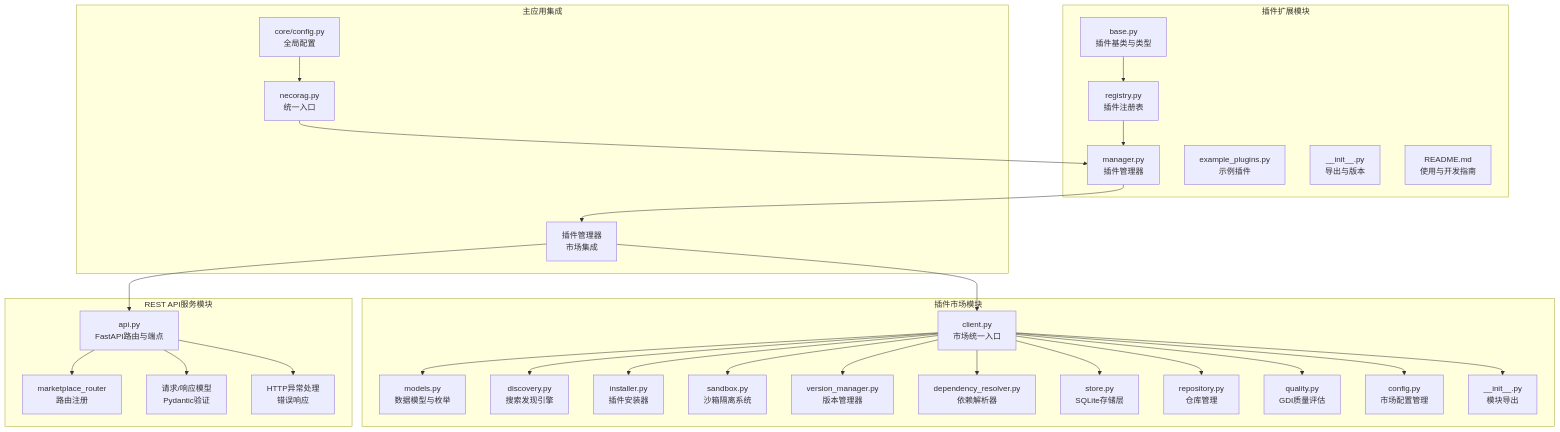
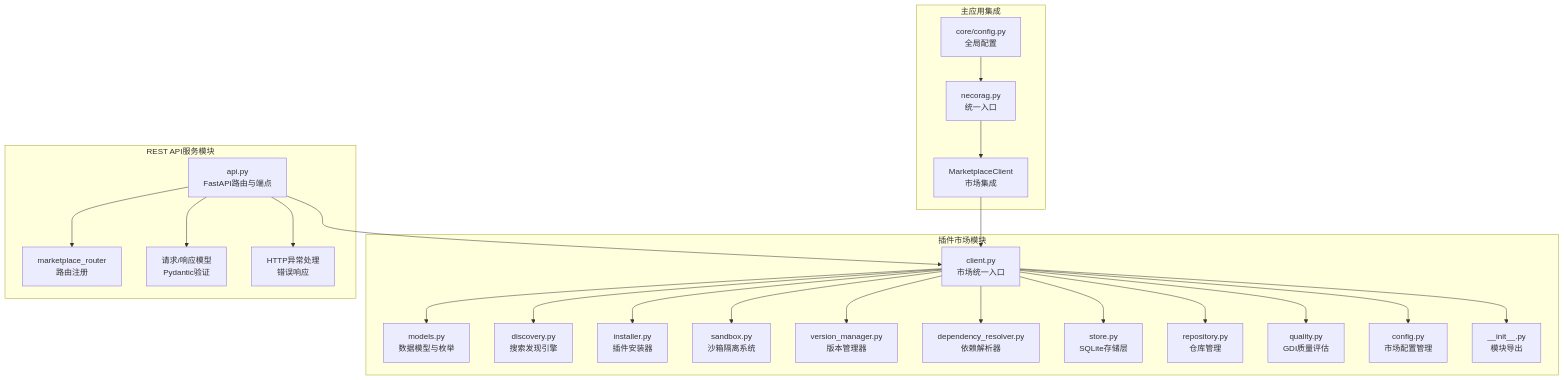
The first of 3 diagrams in .qoder/repowiki/zh/content/插件扩展系统/插件扩展系统.md (JieGaoPrinceton/NecoRAG), drawn with Mermaid before and after one commit. The commit also changed other lines of this file and 4 other files, not shown here.

````diff
--- a/.qoder/repowiki/zh/content/插件扩展系统/插件扩展系统.md
+++ b/.qoder/repowiki/zh/content/插件扩展系统/插件扩展系统.md
@@ -59,57 +59,46 @@
 ```mermaid
 graph TB
-subgraph "插件扩展模块"
-A["base.py<br/>插件基类与类型"]
-B["registry.py<br/>插件注册表"]
-C["manager.py<br/>插件管理器"]
-D["example_plugins.py<br/>示例插件"]
-E["__init__.py<br/>导出与版本"]
-F["README.md<br/>使用与开发指南"]
-end
 subgraph "插件市场模块"
-G["client.py<br/>市场统一入口"]
-H["models.py<br/>数据模型与枚举"]
-I["discovery.py<br/>搜索发现引擎"]
-J["installer.py<br/>插件安装器"]
-K["sandbox.py<br/>沙箱隔离系统"]
-L["version_manager.py<br/>版本管理器"]
-M["dependency_resolver.py<br/>依赖解析器"]
-N["store.py<br/>SQLite存储层"]
-O["repository.py<br/>仓库管理"]
-P["quality.py<br/>GDI质量评估"]
-Q["config.py<br/>市场配置管理"]
-R["__init__.py<br/>模块导出"]
+A["client.py<br/>市场统一入口"]
+B["models.py<br/>数据模型与枚举"]
+C["discovery.py<br/>搜索发现引擎"]
+D["installer.py<br/>插件安装器"]
+E["sandbox.py<br/>沙箱隔离系统"]
+F["version_manager.py<br/>版本管理器"]
+G["dependency_resolver.py<br/>依赖解析器"]
+H["store.py<br/>SQLite存储层"]
+I["repository.py<br/>仓库管理"]
+J["quality.py<br/>GDI质量评估"]
+K["config.py<br/>市场配置管理"]
+L["__init__.py<br/>模块导出"]
 end
 subgraph "REST API服务模块"
-S["api.py<br/>FastAPI路由与端点"]
-T["marketplace_router<br/>路由注册"]
-U["请求/响应模型<br/>Pydantic验证"]
-V["HTTP异常处理<br/>错误响应"]
+M["api.py<br/>FastAPI路由与端点"]
+N["marketplace_router<br/>路由注册"]
+O["请求/响应模型<br/>Pydantic验证"]
+P["HTTP异常处理<br/>错误响应"]
 end
 subgraph "主应用集成"
-W["necorag.py<br/>统一入口"]
-X["core/config.py<br/>全局配置"]
-Y["插件管理器<br/>市场集成"]
+Q["necorag.py<br/>统一入口"]
+R["core/config.py<br/>全局配置"]
+S["MarketplaceClient<br/>市场集成"]
 end
 A --> B
-B --> C
-C --> Y
-Y --> G
-G --> H
-G --> I
-G --> J
-G --> K
-G --> L
-G --> M
-G --> N
-G --> O
-G --> P
-G --> Q
-G --> R
-Y --> S
-S --> T
-S --> U
-S --> V
-W --> C
-X --> W
+A --> C
+A --> D
+A --> E
+A --> F
+A --> G
+A --> H
+A --> I
+A --> J
+A --> K
+A --> L
+S --> A
+M --> A
+M --> N
+M --> O
+M --> P
+Q --> S
+R --> Q
 ```
````
